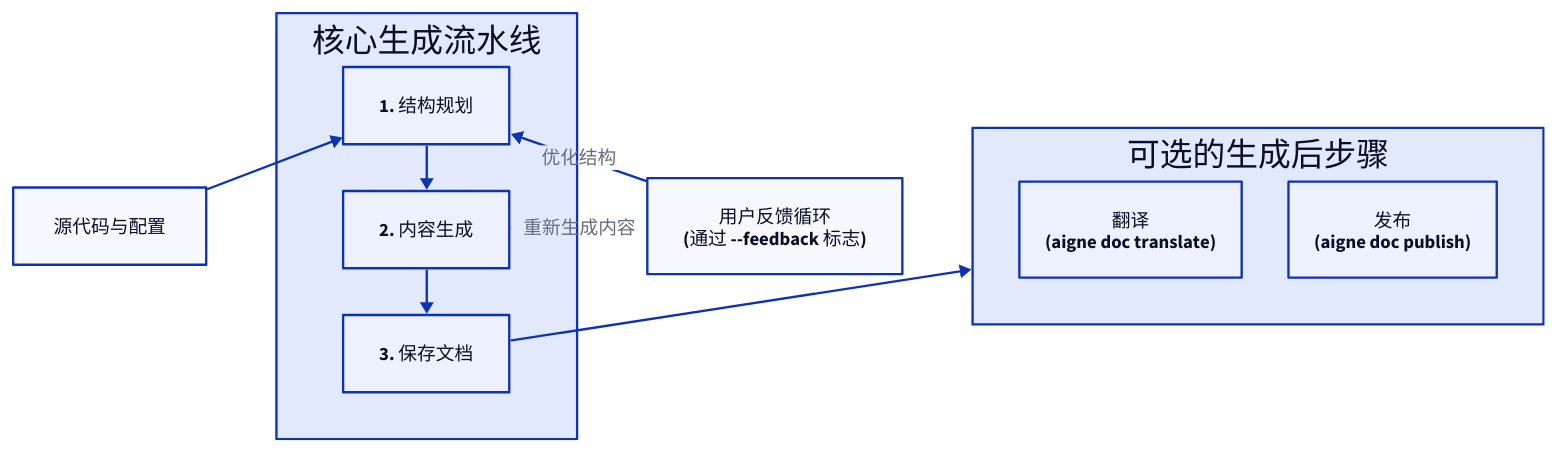
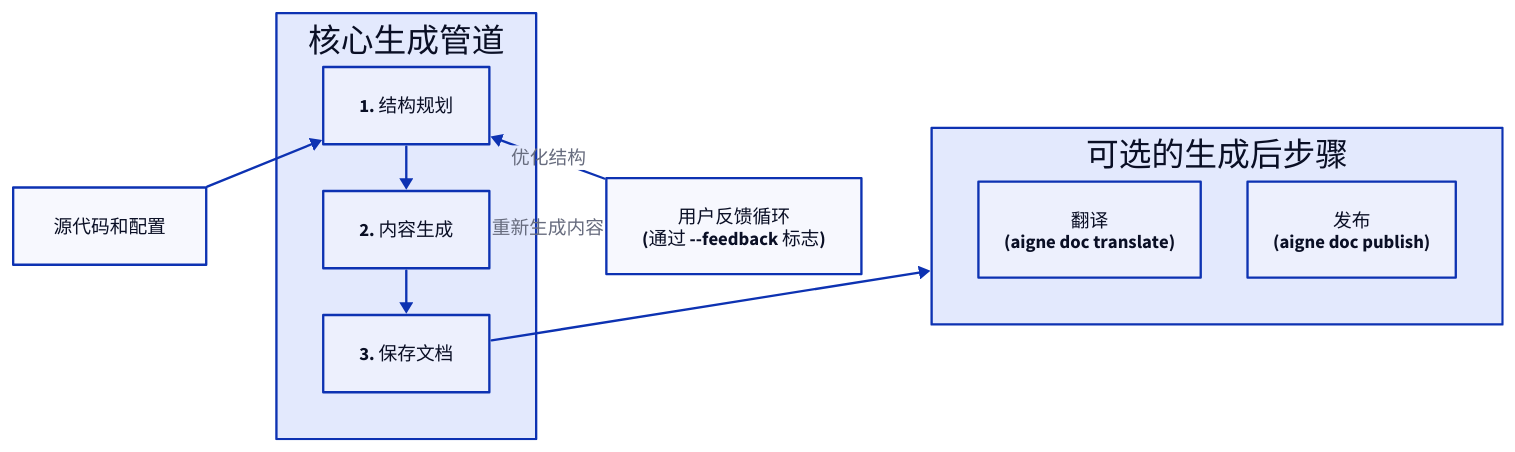
Before and after one commit to AIGNE-io/aigne-doc-smith: the diagram in docs/advanced-how-it-works.zh.md, drawn with D2. The commit also changed other lines of this file and 69 other files, not shown here.

````diff
--- a/docs/advanced-how-it-works.zh.md
+++ b/docs/advanced-how-it-works.zh.md
@@ -13,60 +13,60 @@
 ```d2
 direction: down
 
 Input: {
-  label: "源代码与配置"
+  label: "源代码和配置"
   shape: rectangle
 }
 
 Pipeline: {
-  label: "核心生成流水线"
+  label: "核心生成管道"
   shape: rectangle
   grid-columns: 1
   grid-gap: 40
 
   Structure-Planning: {
     label: "1. 结构规划"
     shape: rectangle
   }
 
   Content-Generation: {
     label: "2. 内容生成"
     shape: rectangle
   }
 
   Saving: {
     label: "3. 保存文档"
     shape: rectangle
   }
 }
 
 User-Feedback: {
   label: "用户反馈循环\n(通过 --feedback 标志)"
   shape: rectangle
 }
 
 Optional-Steps: {
   label: "可选的生成后步骤"
   shape: rectangle
   grid-columns: 2
   grid-gap: 40
   
   Translation: {
     label: "翻译\n(aigne doc translate)"
     shape: rectangle
   }
 
   Publishing: {
     label: "发布\n(aigne doc publish)"
     shape: rectangle
   }
 }
 
 Input -> Pipeline.Structure-Planning
 Pipeline.Structure-Planning -> Pipeline.Content-Generation
 Pipeline.Content-Generation -> Pipeline.Saving
 Pipeline.Saving -> Optional-Steps
 
 User-Feedback -> Pipeline.Structure-Planning: "优化结构"
 User-Feedback -> Pipeline.Content-Generation: "重新生成内容"
 ```
````
